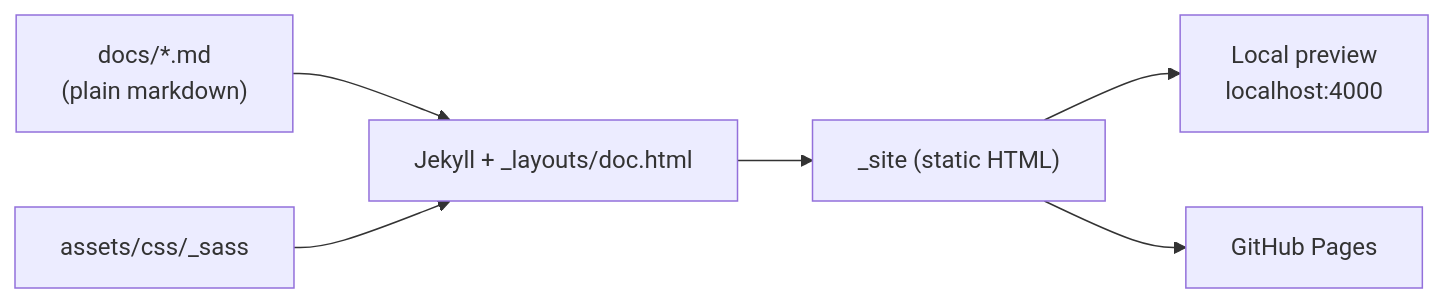
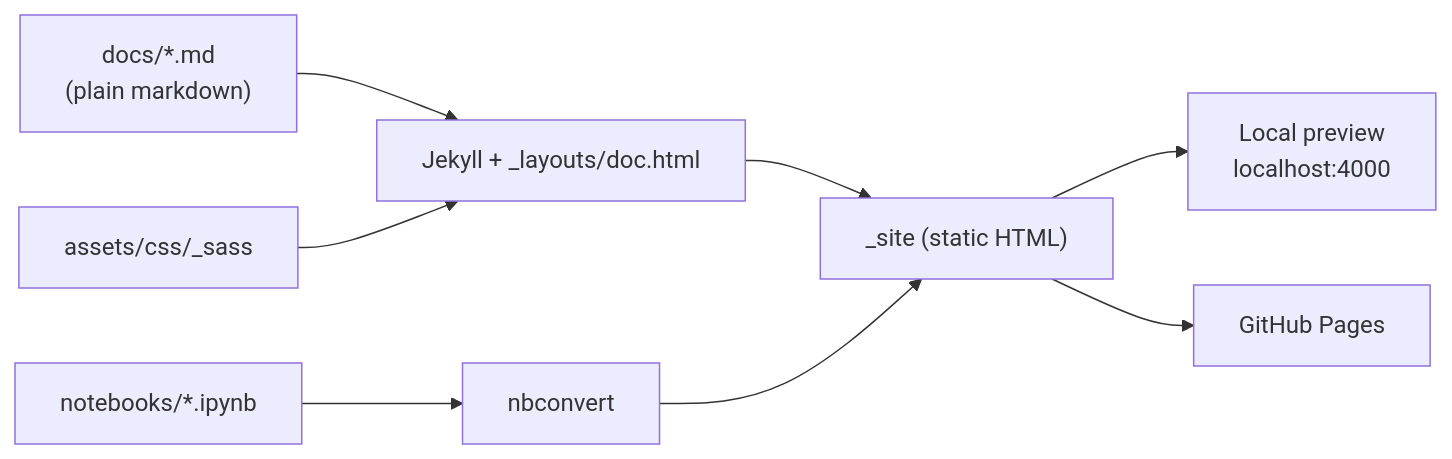
Before and after one commit to incebellipipo/lecture-note-template: the diagram in docs/index.md, drawn with Mermaid. The commit also changed other lines of this file and 20 other files, not shown here.

````diff
--- a/docs/index.md
+++ b/docs/index.md
@@ -7,8 +7,10 @@
 ```mermaid
 flowchart LR
     md["docs/*.md<br/>(plain markdown)"] --> jekyll["Jekyll + _layouts/doc.html"]
     sass["assets/css/_sass"] --> jekyll
+    nb["notebooks/*.ipynb"] --> nbconvert["nbconvert"]
     jekyll --> site["_site (static HTML)"]
+    nbconvert --> site
     site --> local["Local preview<br/>localhost:4000"]
     site --> pages["GitHub Pages"]
 ```
````
